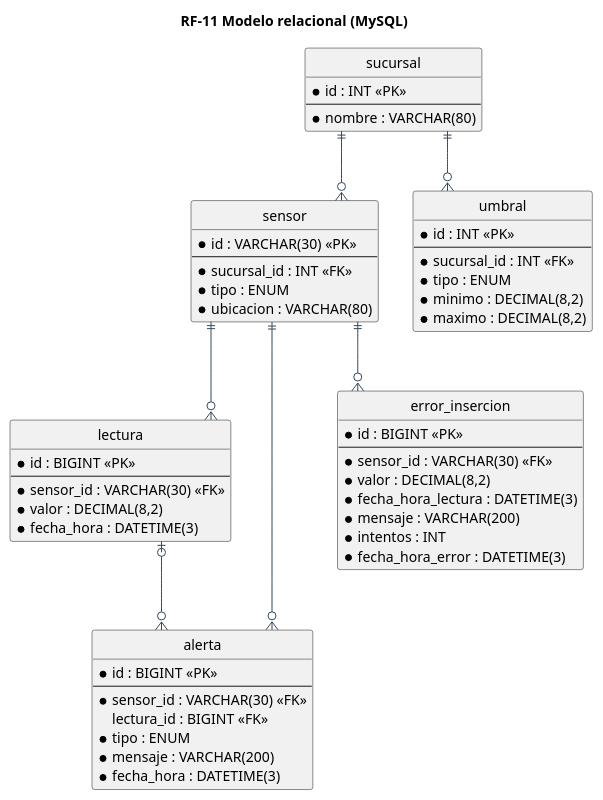
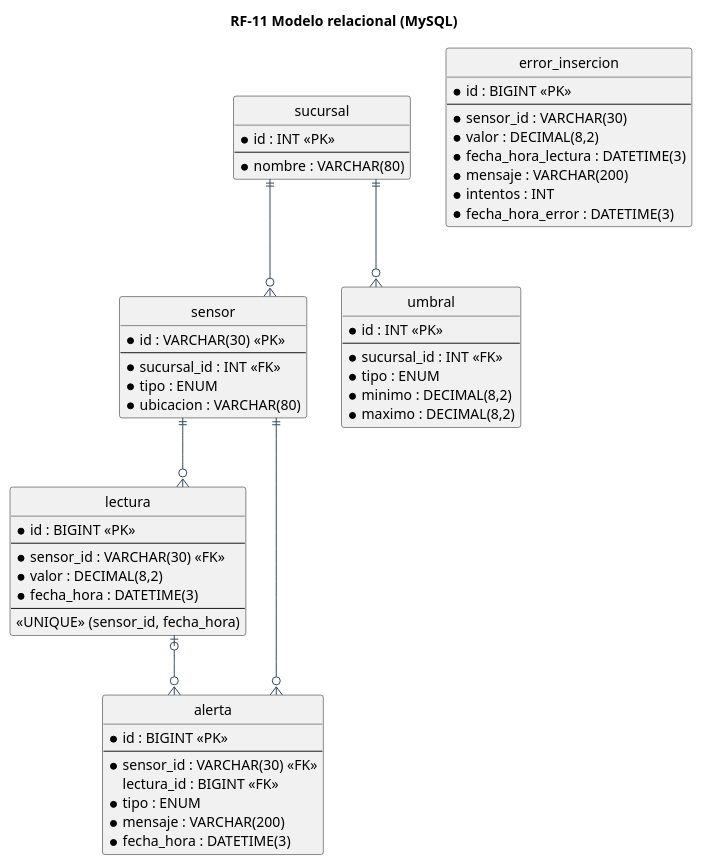
The diagram in etapa3/semana13-avance2/diagramas/relacional_rf11.puml (Reas0nt/BookVerse), drawn with PlantUML before and after one commit. The commit also changed 9 other files, not shown here.

First line of the commit message:
fix(etapa3): harden RF-11 schema retry and error log

```diff
--- a/etapa3/semana13-avance2/diagramas/relacional_rf11.puml
+++ b/etapa3/semana13-avance2/diagramas/relacional_rf11.puml
@@ -1,72 +1,73 @@
 @startuml relacional_rf11
 title RF-11 Modelo relacional (MySQL)
 hide circle
 skinparam linetype ortho
 skinparam shadowing false
 skinparam defaultFontName Arial
 skinparam ArrowColor #34495E
 skinparam entity {
   BackgroundColor #FDFEFE
   BorderColor #34495E
 }
 
 entity sucursal {
   * id : INT <<PK>>
   --
   * nombre : VARCHAR(80)
 }
 
 entity sensor {
   * id : VARCHAR(30) <<PK>>
   --
   * sucursal_id : INT <<FK>>
   * tipo : ENUM
   * ubicacion : VARCHAR(80)
 }
 
 entity umbral {
   * id : INT <<PK>>
   --
   * sucursal_id : INT <<FK>>
   * tipo : ENUM
   * minimo : DECIMAL(8,2)
   * maximo : DECIMAL(8,2)
 }
 
 entity lectura {
   * id : BIGINT <<PK>>
   --
   * sensor_id : VARCHAR(30) <<FK>>
   * valor : DECIMAL(8,2)
   * fecha_hora : DATETIME(3)
+  --
+  <<UNIQUE>> (sensor_id, fecha_hora)
 }
 
 entity alerta {
   * id : BIGINT <<PK>>
   --
   * sensor_id : VARCHAR(30) <<FK>>
   lectura_id : BIGINT <<FK>>
   * tipo : ENUM
   * mensaje : VARCHAR(200)
   * fecha_hora : DATETIME(3)
 }
 
 entity error_insercion {
   * id : BIGINT <<PK>>
   --
-  * sensor_id : VARCHAR(30) <<FK>>
+  * sensor_id : VARCHAR(30)
   * valor : DECIMAL(8,2)
   * fecha_hora_lectura : DATETIME(3)
   * mensaje : VARCHAR(200)
   * intentos : INT
   * fecha_hora_error : DATETIME(3)
 }
 
 sucursal ||--o{ sensor
 sucursal ||--o{ umbral
 sensor ||--o{ lectura
 sensor ||--o{ alerta
-sensor ||--o{ error_insercion
 lectura |o--o{ alerta
 
 @enduml
```
